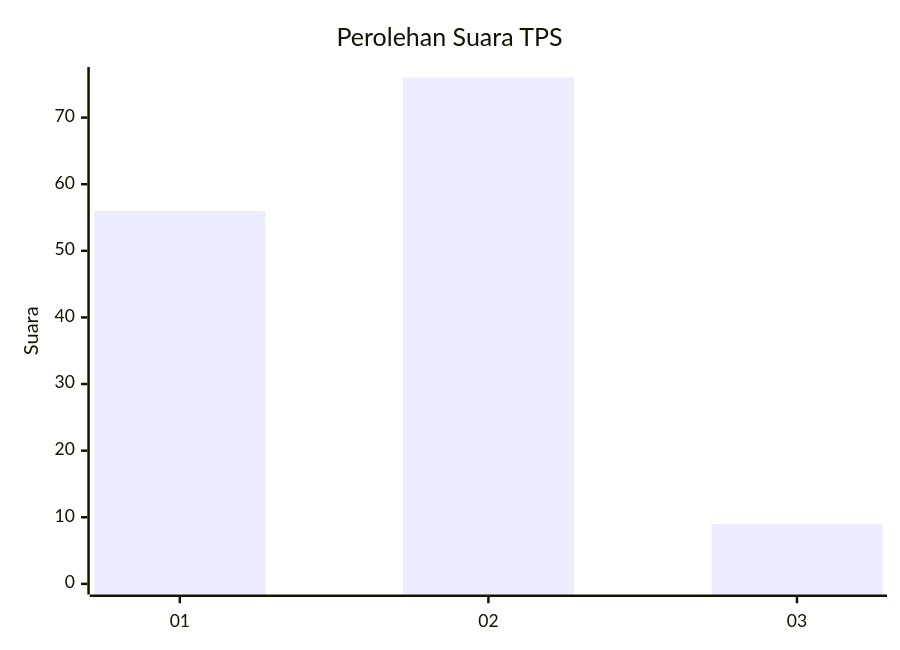
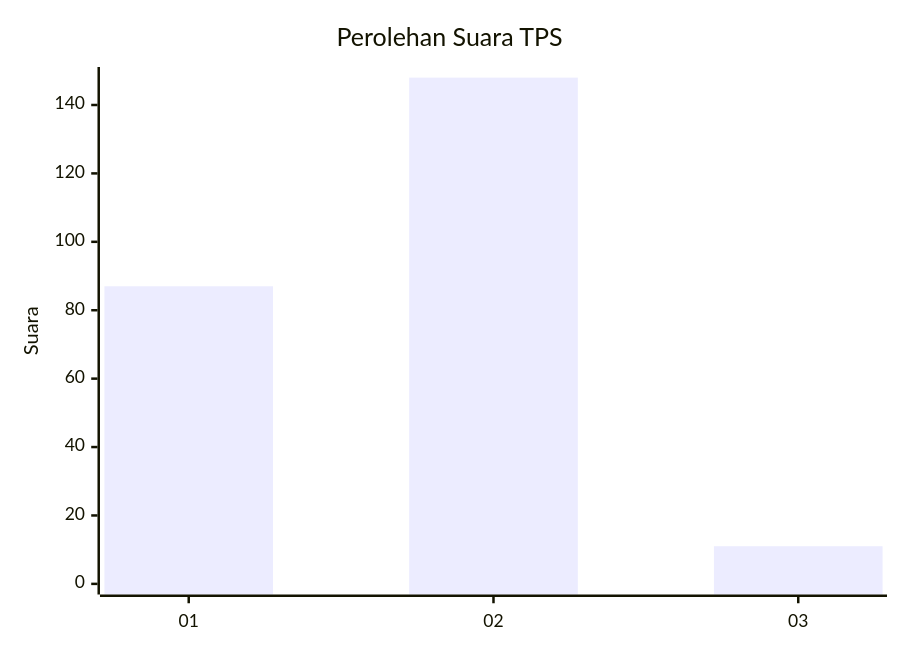
One commit to gigit-pemilu/pemilu-2024-62-kalimantan-tengah changed the first of 2 diagrams in pilpres/hitung-suara/sub/62-kalimantan-tengah/sub/71-kota-palangkaraya/sub/01-pahandut/sub/1005-pahandut-seberang/sub/012-tps/README.md. Above: the diagram before and after it, drawn with Mermaid. The commit also changed other lines of this file and 213 other files, not shown here.

````diff
--- a/pilpres/hitung-suara/sub/62-kalimantan-tengah/sub/71-kota-palangkaraya/sub/01-pahandut/sub/1005-pahandut-seberang/sub/012-tps/README.md
+++ b/pilpres/hitung-suara/sub/62-kalimantan-tengah/sub/71-kota-palangkaraya/sub/01-pahandut/sub/1005-pahandut-seberang/sub/012-tps/README.md
@@ -5,7 +5,7 @@
 ```mermaid
 xychart-beta
     title "Perolehan Suara TPS"
     x-axis [01, 02, 03]
-    y-axis "Suara" 0 --> 76
-    bar [56, 76, 9]
+    y-axis "Suara" 0 --> 148
+    bar [87, 148, 11]
 ```
````
